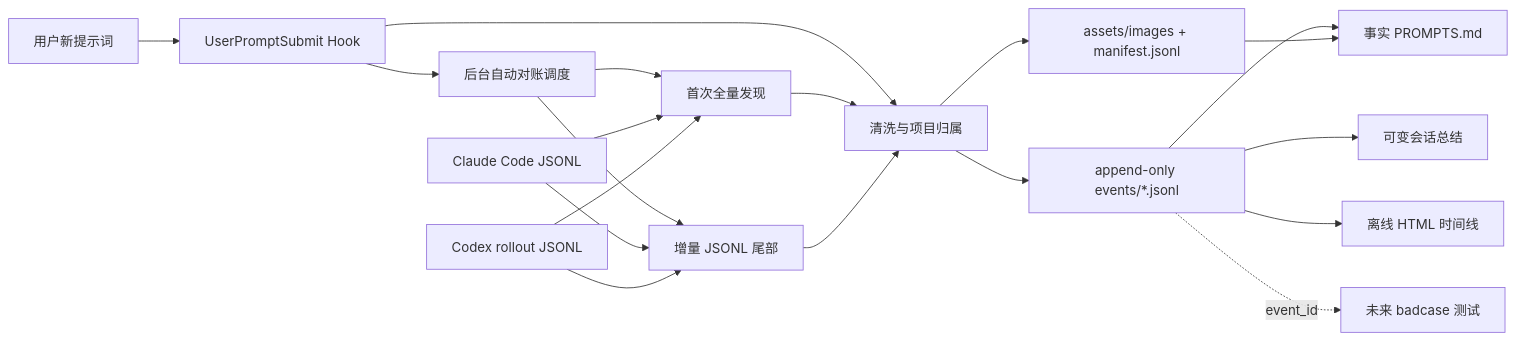
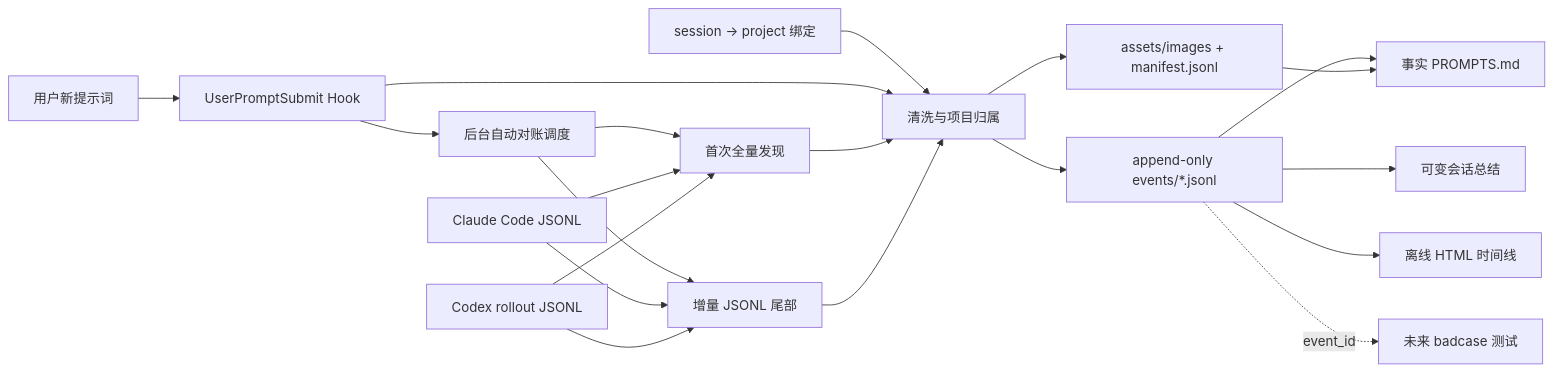
Before and after one commit to 24kchengYe/prompt-harness: the diagram in README.md, drawn with Mermaid. The commit also changed other lines of this file and 9 other files, not shown here.

````diff
--- a/README.md
+++ b/README.md
@@ -53,21 +54,22 @@
 ```mermaid
 flowchart LR
   U["用户新提示词"] --> H["UserPromptSubmit Hook"]
+  BIND["session → project 绑定"] --> N
   H --> D["后台自动对账调度"]
   D --> B["首次全量发现"]
   D --> J["增量 JSONL 尾部"]
   C["Claude Code JSONL"] --> B
   X["Codex rollout JSONL"] --> B
   C --> J
   X --> J
   H --> N["清洗与项目归属"]
   B --> N
   J --> N
   N --> E["append-only events/*.jsonl"]
   N --> A["assets/images + manifest.jsonl"]
   E --> M["事实 PROMPTS.md"]
   A --> M
   E --> S["可变会话总结"]
   E --> V["离线 HTML 时间线"]
   E -. "event_id" .-> Q["未来 badcase 测试"]
 ```
````
